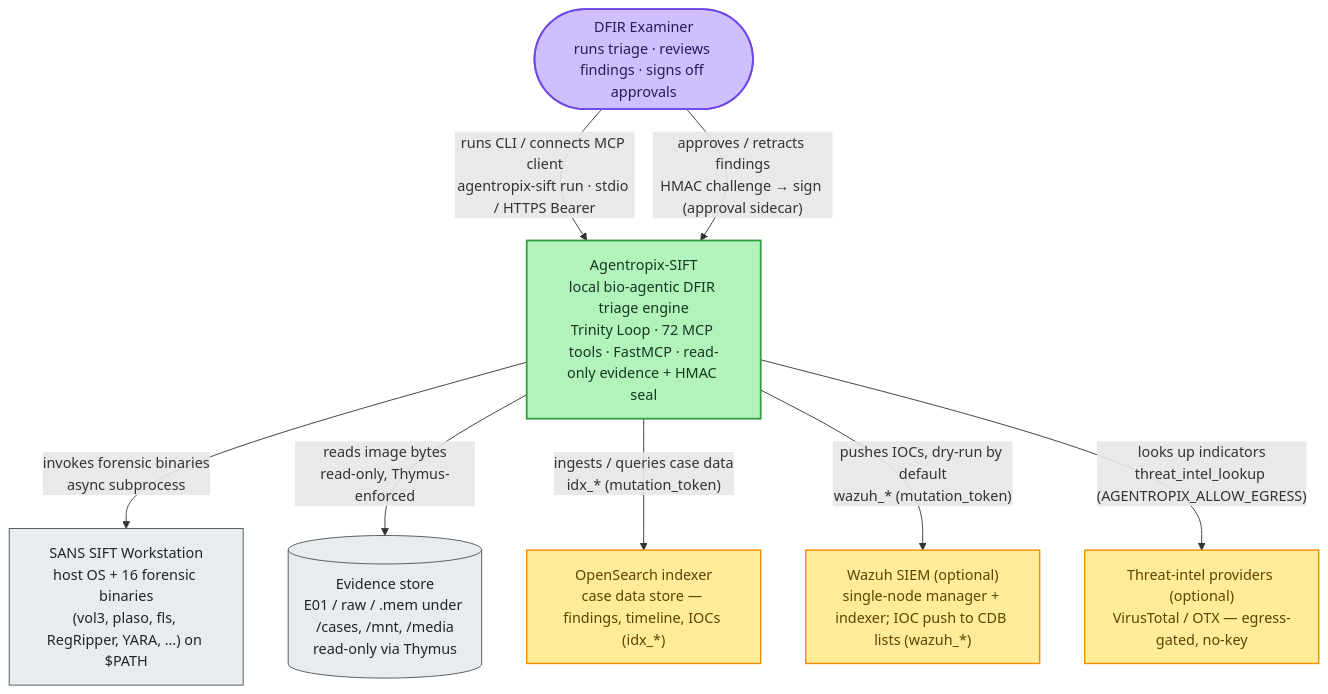
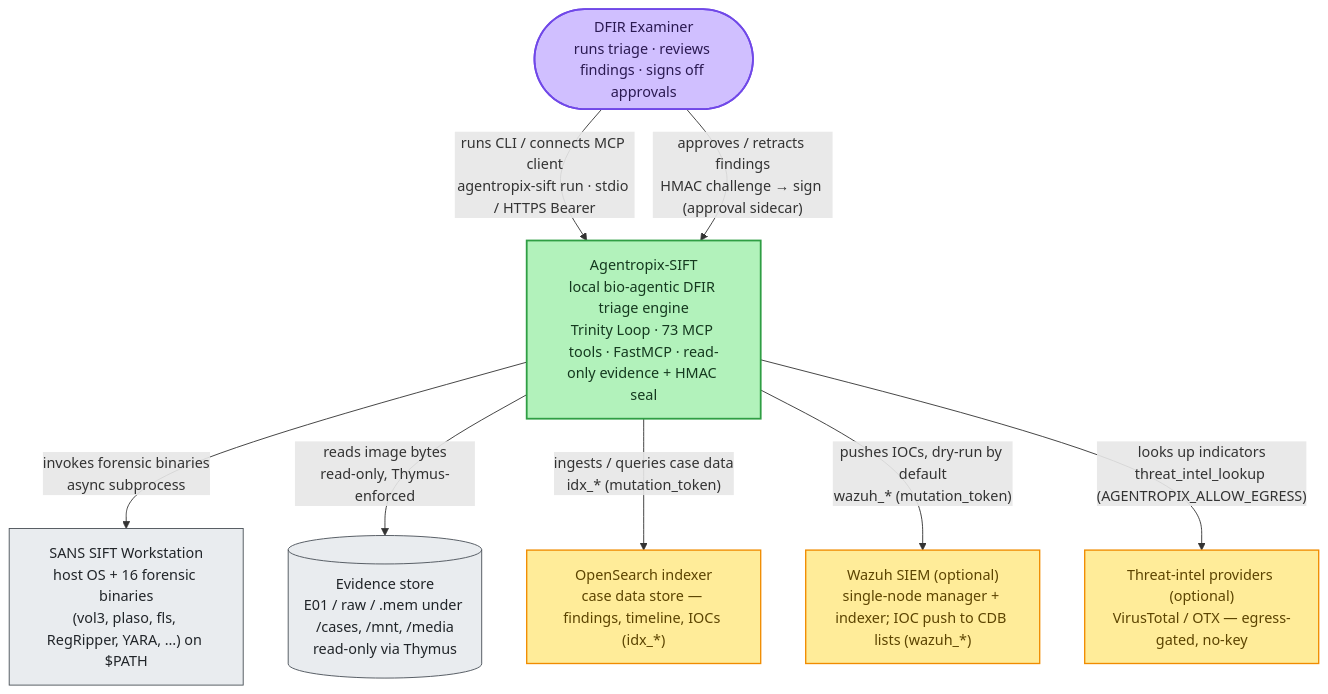
The first of 3 diagrams in docs/02-architecture/system-context-c4.md (galvangabriel-web/agentropix-mcp), drawn with Mermaid before and after one commit. The commit also changed other lines of this file and 80 other files, not shown here.

````diff
--- a/docs/02-architecture/system-context-c4.md
+++ b/docs/02-architecture/system-context-c4.md
@@ -46,24 +46,24 @@
 ```mermaid
 flowchart TB
     classDef actor fill:#d0bfff,stroke:#7048e8,color:#2b1a52,stroke-width:2px
     classDef core fill:#b2f2bb,stroke:#2f9e44,color:#15391f,stroke-width:2px
     classDef ext fill:#e9ecef,stroke:#495057,color:#212529,stroke-width:1px
     classDef sink fill:#ffec99,stroke:#f08c00,color:#5c4400,stroke-width:1.5px
 
     Examiner(["DFIR Examiner<br/>runs triage · reviews findings · signs off approvals"]):::actor
-    Agentropix["Agentropix-SIFT<br/>local bio-agentic DFIR triage engine<br/>Trinity Loop · 72 MCP tools · FastMCP · read-only evidence + HMAC seal"]:::core
+    Agentropix["Agentropix-SIFT<br/>local bio-agentic DFIR triage engine<br/>Trinity Loop · 73 MCP tools · FastMCP · read-only evidence + HMAC seal"]:::core
 
     SIFT["SANS SIFT Workstation<br/>host OS + 16 forensic binaries<br/>(vol3, plaso, fls, RegRipper, YARA, …) on $PATH"]:::ext
     Evidence[("Evidence store<br/>E01 / raw / .mem under /cases, /mnt, /media<br/>read-only via Thymus")]:::ext
     OpenSearch["OpenSearch indexer<br/>case data store — findings, timeline, IOCs (idx_*)"]:::sink
     Wazuh["Wazuh SIEM (optional)<br/>single-node manager + indexer; IOC push to CDB lists (wazuh_*)"]:::sink
     Intel["Threat-intel providers (optional)<br/>VirusTotal / OTX — egress-gated, no-key"]:::sink
 
     Examiner -->|"runs CLI / connects MCP client<br/>agentropix-sift run · stdio / HTTPS Bearer"| Agentropix
     Examiner -->|"approves / retracts findings<br/>HMAC challenge → sign (approval sidecar)"| Agentropix
     Agentropix -->|"invokes forensic binaries<br/>async subprocess"| SIFT
     Agentropix -->|"reads image bytes<br/>read-only, Thymus-enforced"| Evidence
     Agentropix -->|"ingests / queries case data<br/>idx_* (mutation_token)"| OpenSearch
     Agentropix -->|"pushes IOCs, dry-run by default<br/>wazuh_* (mutation_token)"| Wazuh
     Agentropix -->|"looks up indicators<br/>threat_intel_lookup (AGENTROPIX_ALLOW_EGRESS)"| Intel
 ```
````
